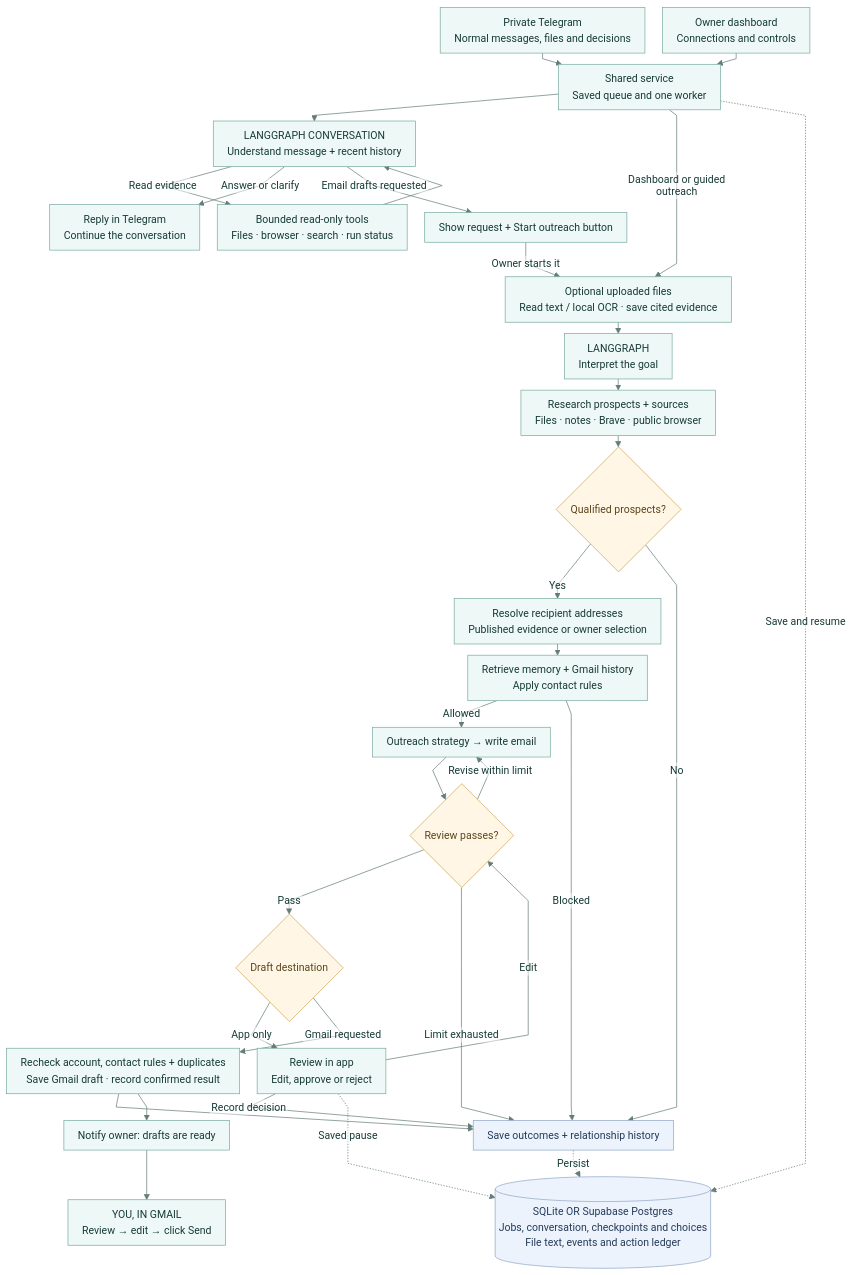
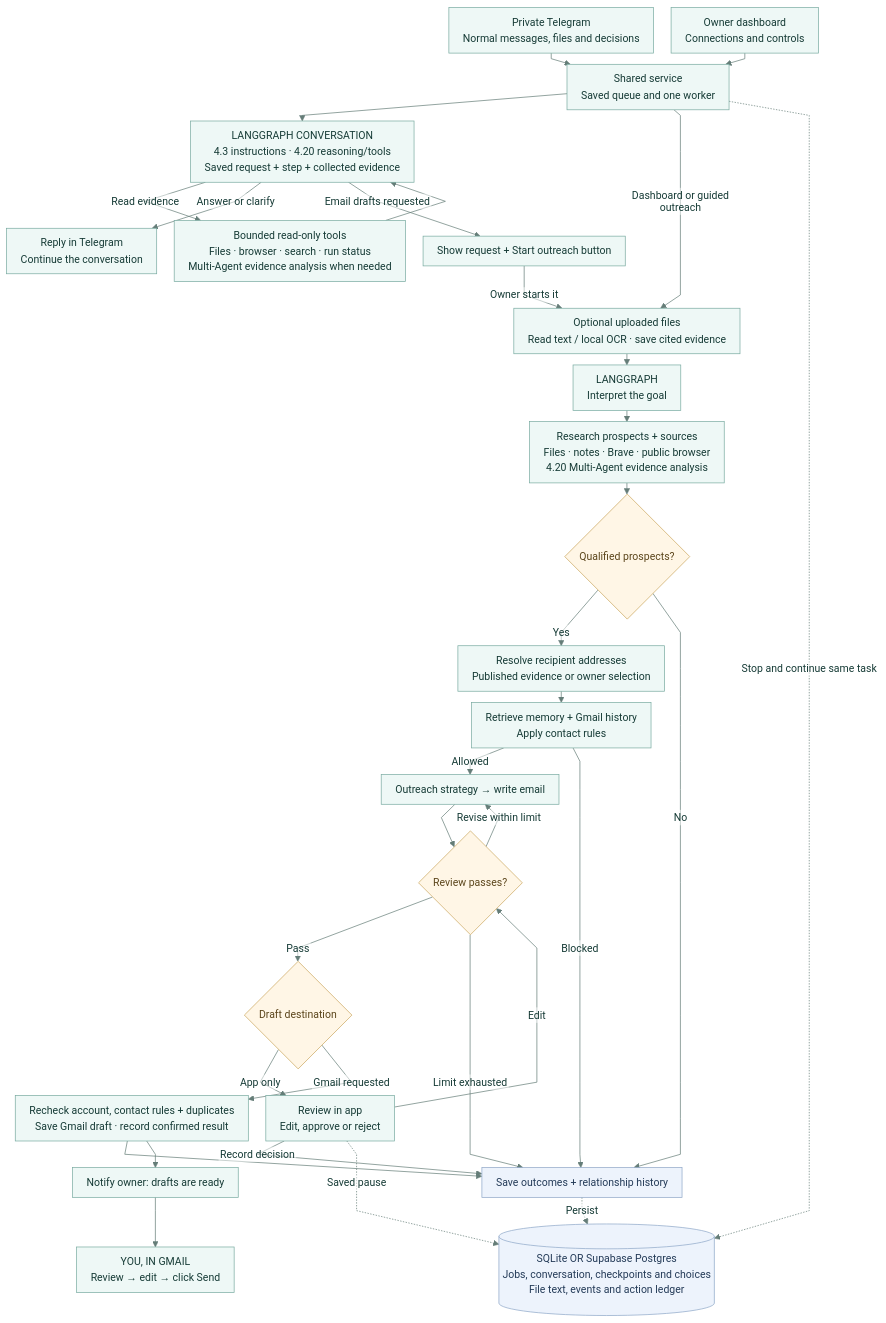
Before and after one commit to rutujashingate/outreach-agent: the diagram in docs/assets/workflow.mmd, drawn with Mermaid. The commit also changed 21 other files, not shown here.

```diff
--- a/docs/assets/workflow.mmd
+++ b/docs/assets/workflow.mmd
@@ -1,59 +1,59 @@
 ---
 config:
   theme: base
   fontFamily: Arial
   themeCSS: 'text, tspan { font-family: Arial, Helvetica, sans-serif !important; }'
   themeVariables:
     fontSize: 15px
     primaryColor: '#eef8f6'
     primaryBorderColor: '#78aaa0'
     primaryTextColor: '#163b36'
     lineColor: '#657d78'
     edgeLabelBackground: '#ffffff'
   flowchart:
     htmlLabels: false
     curve: linear
     nodeSpacing: 25
     rankSpacing: 16
     padding: 10
     wrappingWidth: 380
 ---
 flowchart TD
     accTitle: Requested outreach drafts with manual Gmail sending
     accDescr: Telegram messages enter a saved queue. LangGraph answers questions and uses reading tools. Only an explicit email request and the owner's Start outreach action enter drafting. The workflow researches, qualifies, resolves recipients, checks contacts, writes and reviews drafts. Requested Gmail drafts are saved once and announced. The owner reviews, edits and sends in Gmail, outside the agent. App-only drafts retain review controls. SQLite or one Supabase PostgreSQL database holds saved state.
     telegram["Private Telegram<br/>Normal messages, files and decisions"] --> service["Shared service<br/>Saved queue and one worker"]
     dashboard["Owner dashboard<br/>Connections and controls"] --> service
-    service --> chat["LANGGRAPH CONVERSATION<br/>Understand message + recent history"]
-    chat -->|Read evidence| tools["Bounded read-only tools<br/>Files · browser · search · run status"]
+    service --> chat["LANGGRAPH CONVERSATION<br/>4.3 instructions · 4.20 reasoning/tools<br/>Saved request + step + collected evidence"]
+    chat -->|Read evidence| tools["Bounded read-only tools<br/>Files · browser · search · run status<br/>Multi-Agent evidence analysis when needed"]
     tools --> chat
     chat -->|Answer or clarify| answer["Reply in Telegram<br/>Continue the conversation"]
     chat -->|Email drafts requested| proposal["Show request + Start outreach button"]
     proposal -->|Owner starts it| files["Optional uploaded files<br/>Read text / local OCR · save cited evidence"]
     service -->|Dashboard or guided outreach| files
     files --> goal["LANGGRAPH<br/>Interpret the goal"]
-    goal --> research["Research prospects + sources<br/>Files · notes · Brave · public browser"]
+    goal --> research["Research prospects + sources<br/>Files · notes · Brave · public browser<br/>4.20 Multi-Agent evidence analysis"]
     research --> qualification{"Qualified prospects?"}
     qualification -->|Yes| recipients["Resolve recipient addresses<br/>Published evidence or owner selection"]
     qualification -->|No| outcome["Save outcomes + relationship history"]
     recipients --> memory["Retrieve memory + Gmail history<br/>Apply contact rules"]
     memory -->|Allowed| strategy["Outreach strategy → write email"]
     memory -->|Blocked| outcome
     strategy --> review{"Review passes?"}
     review -->|Pass| destination{"Draft destination"}
     review -->|Revise within limit| strategy
     review -->|Limit exhausted| outcome
     destination -->|App only| approval["Review in app<br/>Edit, approve or reject"]
     approval -->|Edit| review
     approval -->|Record decision| outcome
     destination -->|Gmail requested| action["Recheck account, contact rules + duplicates<br/>Save Gmail draft · record confirmed result"]
     action --> outcome
     action --> notify["Notify owner: drafts are ready"]
     notify --> manual["YOU, IN GMAIL<br/>Review → edit → click Send"]
     store[("SQLite OR Supabase Postgres<br/>Jobs, conversation, checkpoints and choices<br/>File text, events and action ledger")]
-    service -. Save and resume .-> store
+    service -. Stop and continue same task .-> store
     approval -. Saved pause .-> store
     outcome -. Persist .-> store
     classDef decision fill:#fff6e6,stroke:#caa65d,color:#5b451b;
     classDef storage fill:#edf3fc,stroke:#8da6c7,color:#243b58;
     class qualification,review,destination decision;
     class store,outcome storage;
```
